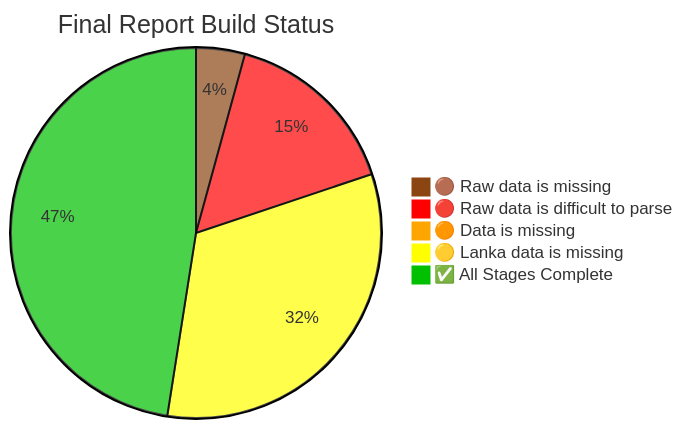
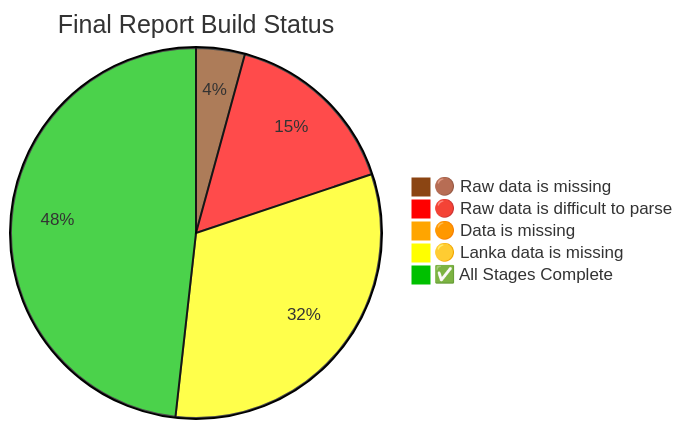
The diagram in README.md (nuuuwan/lk_census_2024), drawn with Mermaid before and after one commit. The commit also changed other lines of this file and 2 other files, not shown here.

Commit message:
Update README and JSON files for housing units data, including adjustments for 2024

````diff
--- a/README.md
+++ b/README.md
@@ -220,9 +220,9 @@
 ```mermaid
 %%{init: {"theme": "base", "themeVariables": {"pie1": "#8B4513", "pie2": "#FF0000", "pie3": "#FFA500", "pie4": "#FFFF00", "pie5": "#00c000"}}}%%
 pie title Final Report Build Status
 "🟤 Raw data is missing" : 6
     "🔴 Raw data is difficult to parse" : 22
     "🟠 Data is missing" : 1
-    "🟡 Lanka data is missing" : 46
-    "✅ All Stages Complete" : 67
+    "🟡 Lanka data is missing" : 45
+    "✅ All Stages Complete" : 68
 ```
````
